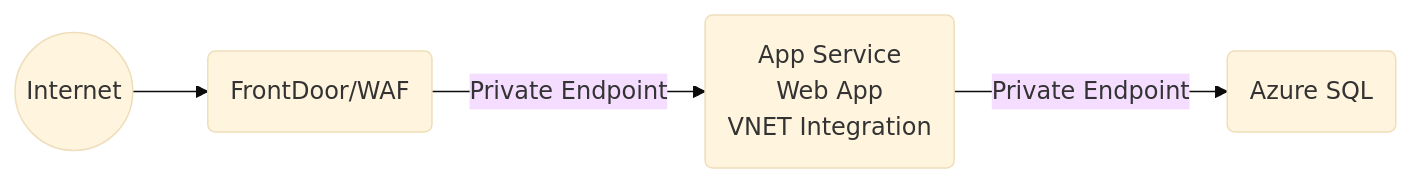
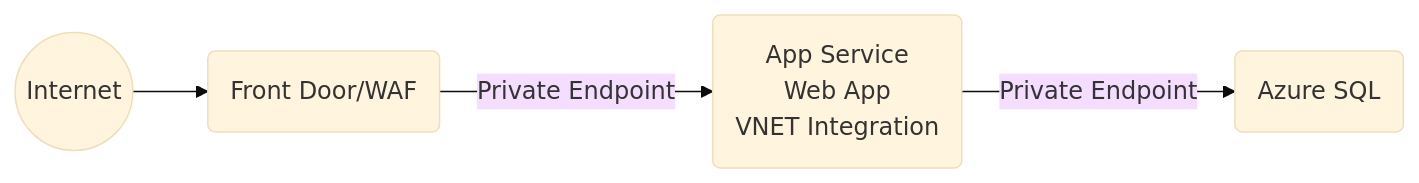
Before and after one commit to msalemor/app-services-networking: the fifth of 6 diagrams in README.md, drawn with Mermaid (base theme). The commit also changed other lines of this file, not shown here.

````diff
--- a/README.md
+++ b/README.md
@@ -102,6 +102,6 @@
 ```mermaid
 graph LR;
-    A((Internet))-->B(FrontDoor/WAF);
+    A((Internet))-->B(Front Door/WAF);
     B-- Private Endpoint -->C(App Service<br/>Web App<br/>VNET Integration);
     C-- Private Endpoint-->D(Azure SQL);   
 ```
````
